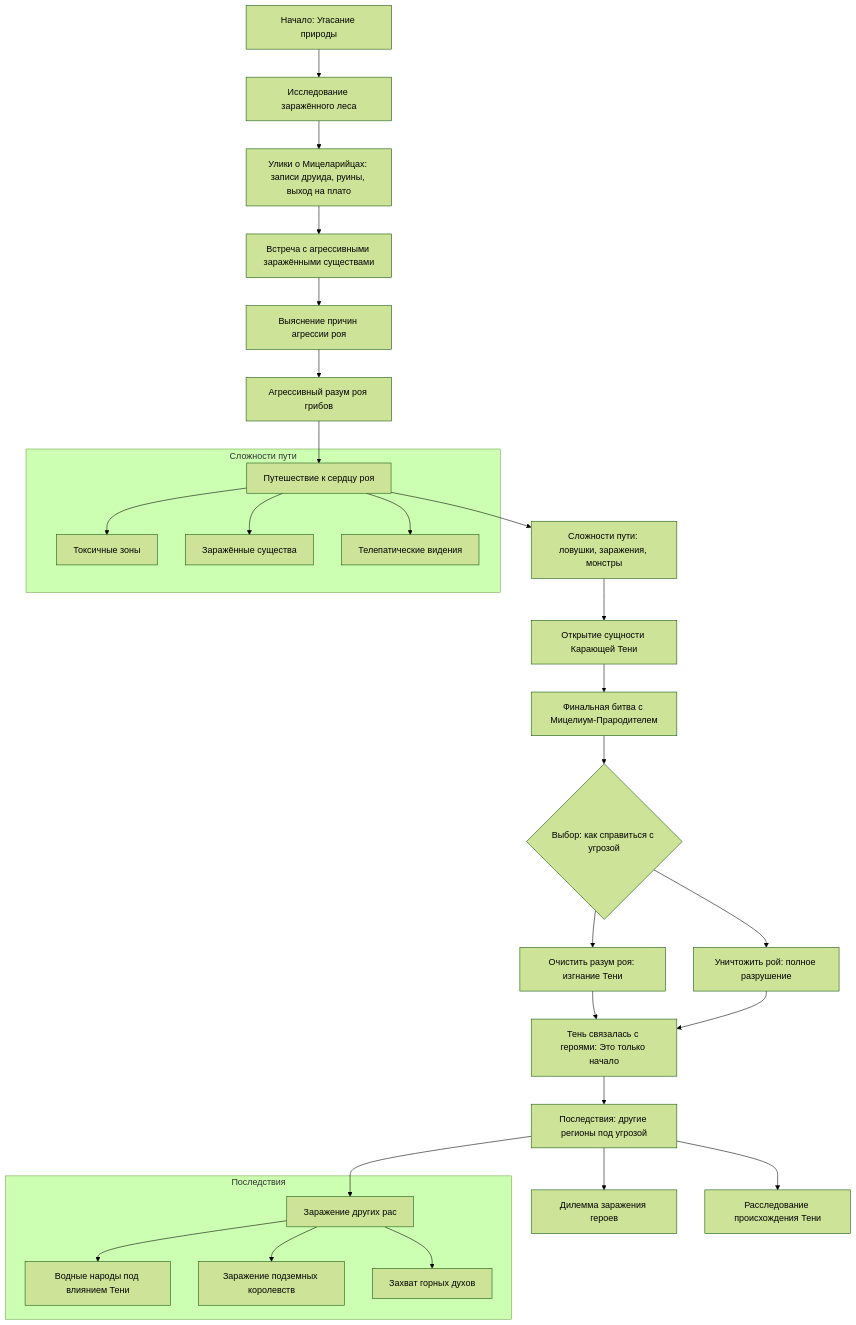
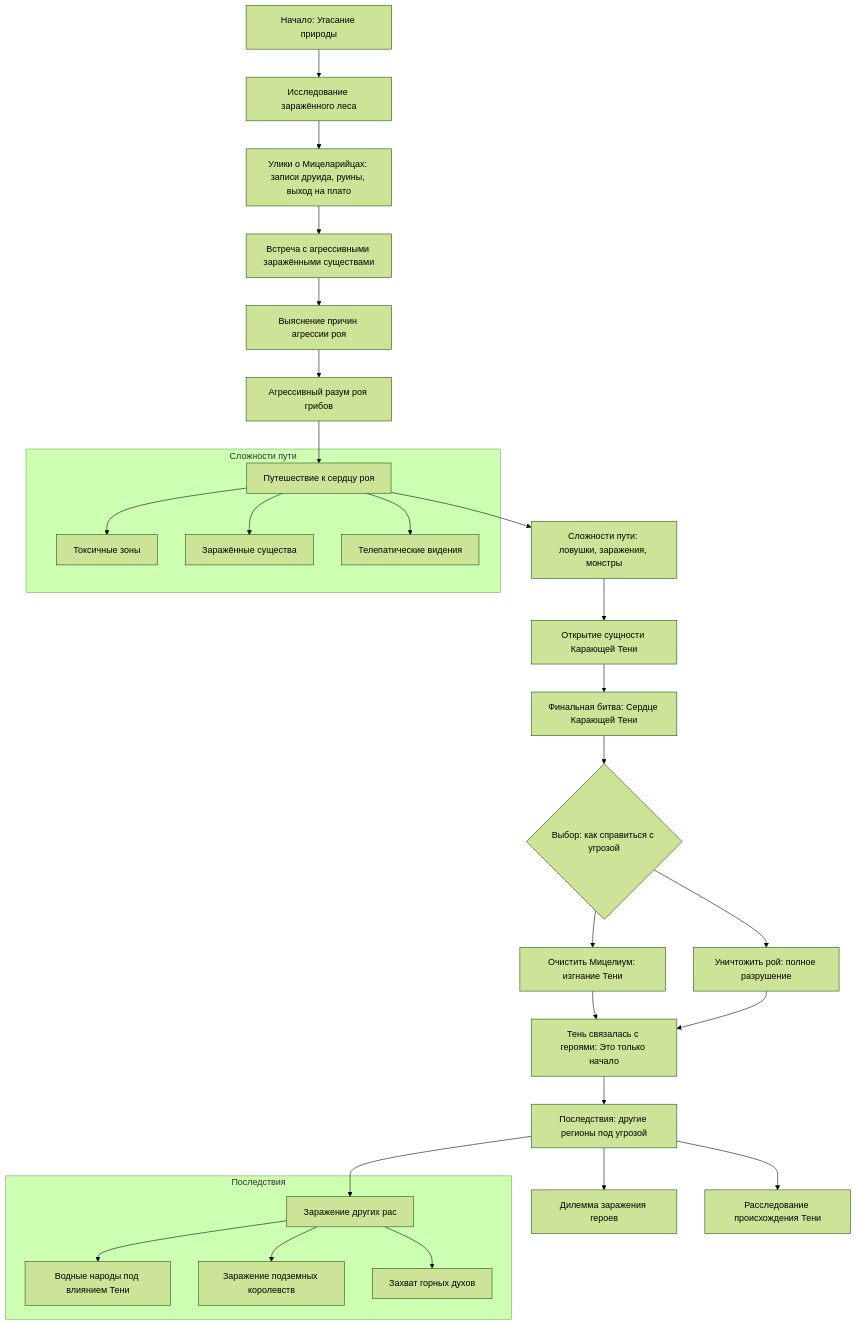
The first of 3 diagrams in globalnyi-syuzhet/README.md (daydarkln/echo-dnd-campaign), drawn with Mermaid (forest theme) before and after one commit. The commit also changed 5 other files, not shown here.

````diff
--- a/globalnyi-syuzhet/README.md
+++ b/globalnyi-syuzhet/README.md
@@ -3,34 +3,34 @@
 ```mermaid
 graph TD
     A[Начало: Угасание природы] --> B[Исследование заражённого леса]
     B --> C[Улики о Мицеларийцах: записи друида, руины, выход на плато]
     C --> D[Встреча с агрессивными заражёнными существами]
     D --> E[Выяснение причин агрессии роя]
     E --> F[Агрессивный разум роя грибов]
     F --> G[Путешествие к сердцу роя]
     G --> H[Сложности пути: ловушки, заражения, монстры]
     H --> I[Открытие сущности Карающей Тени]
-    I --> J[Финальная битва с Мицелиум-Прародителем]
+    I --> J[Финальная битва: Сердце Карающей Тени]
     J --> K{Выбор: как справиться с угрозой}
-    K --> L[Очистить разум роя: изгнание Тени]
+    K --> L[Очистить Мицелиум: изгнание Тени]
     K --> M[Уничтожить рой: полное разрушение]
     L --> N[Тень связалась с героями: Это только начало]
     M --> N
     N --> O[Последствия: другие регионы под угрозой]
     O --> P[Заражение других рас]
     O --> Q[Дилемма заражения героев]
     O --> R[Расследование происхождения Тени]
     
     subgraph Сложности пути
         G --> H1[Токсичные зоны]
         G --> H2[Заражённые существа]
         G --> H3[Телепатические видения]
     end
     
     subgraph Последствия
         P --> P1[Водные народы под влиянием Тени]
         P --> P2[Заражение подземных королевств]
         P --> P3[Захват горных духов]
     end
 
 ```
````
